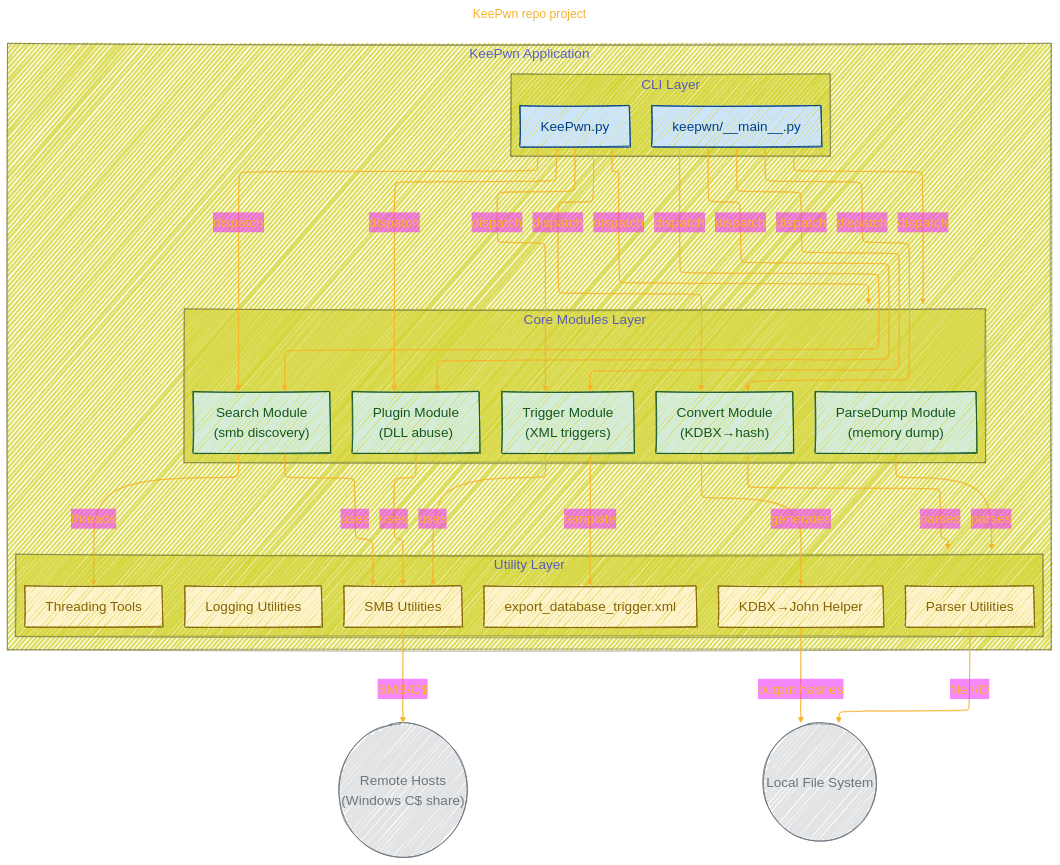
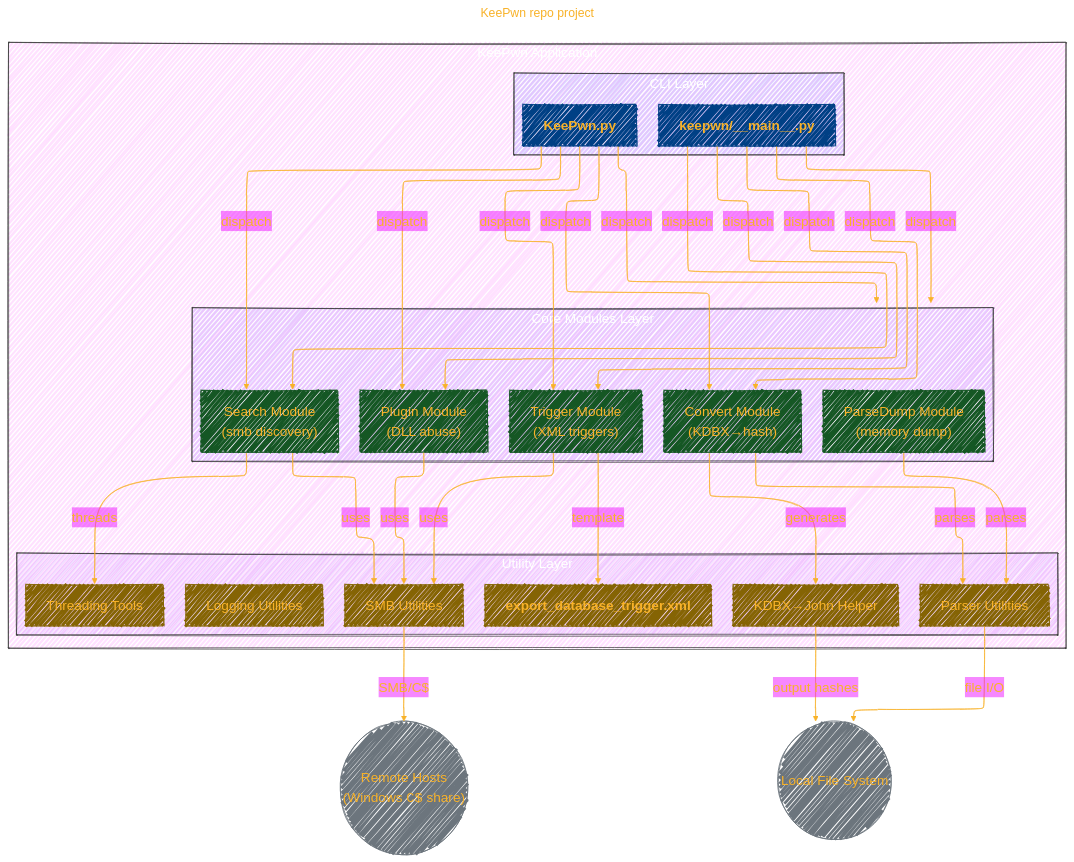
One commit to CongLeSolutionX/ArchExplorer changed the first of 2 diagrams in CYBERSECURITY/orange-cyberdefense/KeePwn.md. Above: the diagram before and after it, drawn with Mermaid.

Commit message:
update notes

```diff
--- a/CYBERSECURITY/orange-cyberdefense/KeePwn.md
+++ b/CYBERSECURITY/orange-cyberdefense/KeePwn.md
@@ -75,29 +75,35 @@
   }
 }%%
 flowchart TD
-    subgraph "KeePwn Application"
-        subgraph "CLI Layer"
-            CLI1["KeePwn.py"]:::cli
-            CLI2["keepwn/__main__.py"]:::cli
+    subgraph KeePwn_Application["KeePwn Application"]
+    style KeePwn_Application fill:#F2F2,stroke:#333,stroke-width:1px, color: #FFFF
+        subgraph CLI_Layer["CLI Layer"]
+        style CLI_Layer fill:#22F2,stroke:#333,stroke-width:1px, color: #FFFF
+            CLI1["<b>KeePwn.py</b>"]:::cli
+            CLI2["<b>keepwn/__main__.py</b>"]:::cli
         end
-        subgraph "Core Modules Layer"
-            Search["Search Module\n(smb discovery)"]:::core
-            Plugin["Plugin Module\n(DLL abuse)"]:::core
-            Trigger["Trigger Module\n(XML triggers)"]:::core
-            ParseDump["ParseDump Module\n(memory dump)"]:::core
-            Convert["Convert Module\n(KDBX→hash)"]:::core
+
+        subgraph Core_Modules_Layer["Core Modules Layer"]
+        style Core_Modules_Layer fill:#62F2,stroke:#333,stroke-width:1px, color: #FFFF
+            Search["Search Module<br/>(smb discovery)"]:::core
+            Plugin["Plugin Module<br/>(DLL abuse)"]:::core
+            Trigger["Trigger Module<br/>(XML triggers)"]:::core
+            ParseDump["ParseDump Module<br/>(memory dump)"]:::core
+            Convert["Convert Module<br/>(KDBX→hash)"]:::core
         end
-        subgraph "Utility Layer"
+
+        subgraph Utility_Layer["Utility Layer"]
+        style Utility_Layer fill:#92F2,stroke:#333,stroke-width:1px, color: #FFFF
             SMBUtils["SMB Utilities"]:::util
             ParserUtils["Parser Utilities"]:::util
             Logging["Logging Utilities"]:::util
             ThreadTools["Threading Tools"]:::util
             JohnHelper["KDBX→John Helper"]:::util
-            XMLTemplate["export_database_trigger.xml"]:::util
+            XMLTemplate["<b>export_database_trigger.xml</b>"]:::util
         end
     end
 
-    RemoteHost(("Remote Hosts\n(Windows C$ share)")):::ext
+    RemoteHost(("Remote Hosts<br/>(Windows <code>C$</code> share)")):::ext
     LocalFS(("Local File System")):::ext
 
     CLI1 -->|dispatch| Search
@@ -125,10 +131,10 @@
     ParserUtils -->|file I/O| LocalFS
     JohnHelper -->|output hashes| LocalFS
 
-    classDef cli fill:#cce5ff,stroke:#004085,color:#004085
-    classDef core fill:#d4edda,stroke:#155724,color:#155724
-    classDef util fill:#fff3cd,stroke:#856404,color:#856404
-    classDef ext fill:#e2e3e5,stroke:#6c757d,color:#6c757d
+    classDef cli fill:#004085,stroke:#004085
+    classDef core fill:#155724,stroke:#155724
+    classDef util fill:#856404,stroke:#856404
+    classDef ext fill:#6c757d,stroke:#6c757d
 
     click CLI1 "https://github.com/orange-cyberdefense/keepwn/blob/main/KeePwn.py"
     click CLI2 "https://github.com/orange-cyberdefense/keepwn/blob/main/keepwn/__main__.py"
```
